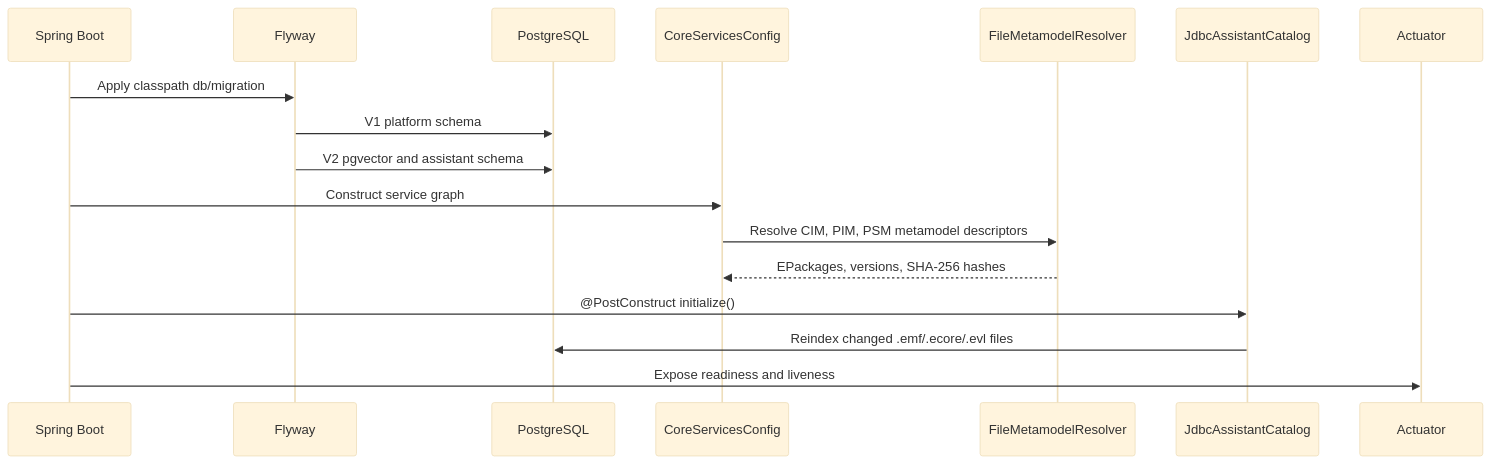
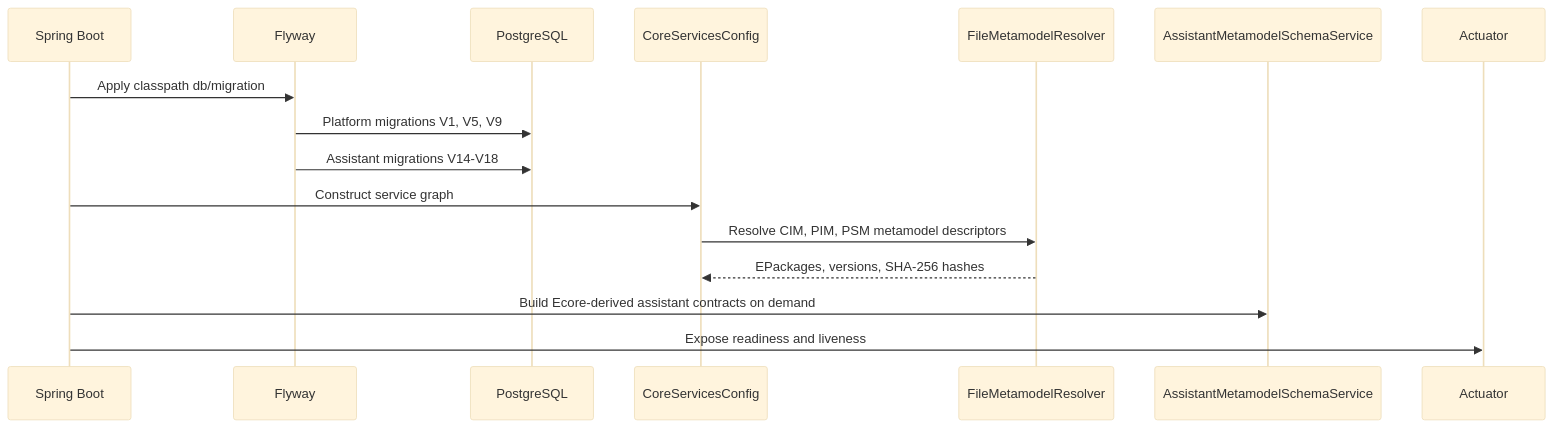
Before and after one commit to mehdieidi/modriss: the second of 2 diagrams in docs/diagrams/04-deployment-and-runtime.md, drawn with Mermaid (base theme). The commit also changed other lines of this file and 37 other files, not shown here.

````diff
--- a/docs/diagrams/04-deployment-and-runtime.md
+++ b/docs/diagrams/04-deployment-and-runtime.md
@@ -34,20 +34,19 @@
 ```mermaid
 sequenceDiagram
     participant Boot as Spring Boot
     participant Flyway
     participant DB as PostgreSQL
     participant Core as CoreServicesConfig
     participant Meta as FileMetamodelResolver
-    participant Catalog as JdbcAssistantCatalog
+    participant Contracts as AssistantMetamodelSchemaService
     participant Health as Actuator
 
     Boot->>Flyway: Apply classpath db/migration
-    Flyway->>DB: V1 platform schema
-    Flyway->>DB: V2 pgvector and assistant schema
+    Flyway->>DB: Platform migrations V1, V5, V9
+    Flyway->>DB: Assistant migrations V14-V18
     Boot->>Core: Construct service graph
     Core->>Meta: Resolve CIM, PIM, PSM metamodel descriptors
     Meta-->>Core: EPackages, versions, SHA-256 hashes
-    Boot->>Catalog: @PostConstruct initialize()
-    Catalog->>DB: Reindex changed .emf/.ecore/.evl files
+    Boot->>Contracts: Build Ecore-derived assistant contracts on demand
     Boot->>Health: Expose readiness and liveness
 ```
````
